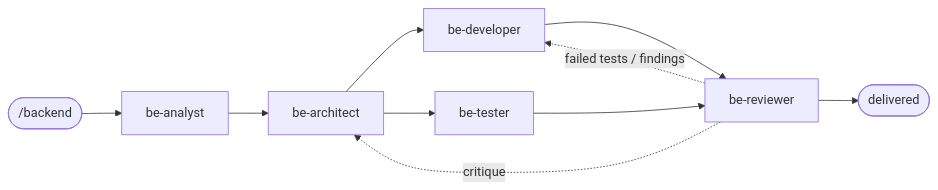
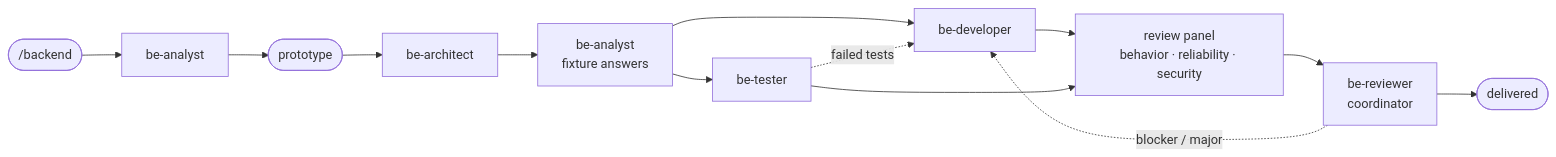
One commit to borun-li/claude-harness changed the diagram in backend/README.md. Above: the diagram before and after it, drawn with Mermaid. The commit also changed other lines of this file and 26 other files, not shown here.

````diff
--- a/backend/README.md
+++ b/backend/README.md
@@ -17,8 +8,8 @@
 ```mermaid
 flowchart LR
-    S(["/backend"]) --> AN[be-analyst] --> AR[be-architect]
-    AR --> DEV[be-developer] & TE[be-tester]
-    DEV & TE --> RV[be-reviewer] --> E([delivered])
-    RV -. critique .-> AR
-    RV -. "failed tests / findings" .-> DEV
+    S(["/backend"]) --> AN[be-analyst] --> P([prototype]) --> AR[be-architect] --> FX[be-analyst<br/>fixture answers]
+    FX --> DEV[be-developer] & TE[be-tester]
+    DEV & TE --> PN[review panel<br/>behavior · reliability · security] --> CO[be-reviewer<br/>coordinator] --> E([delivered])
+    CO -. "blocker / major" .-> DEV
+    TE -. "failed tests" .-> DEV
 ```
````
